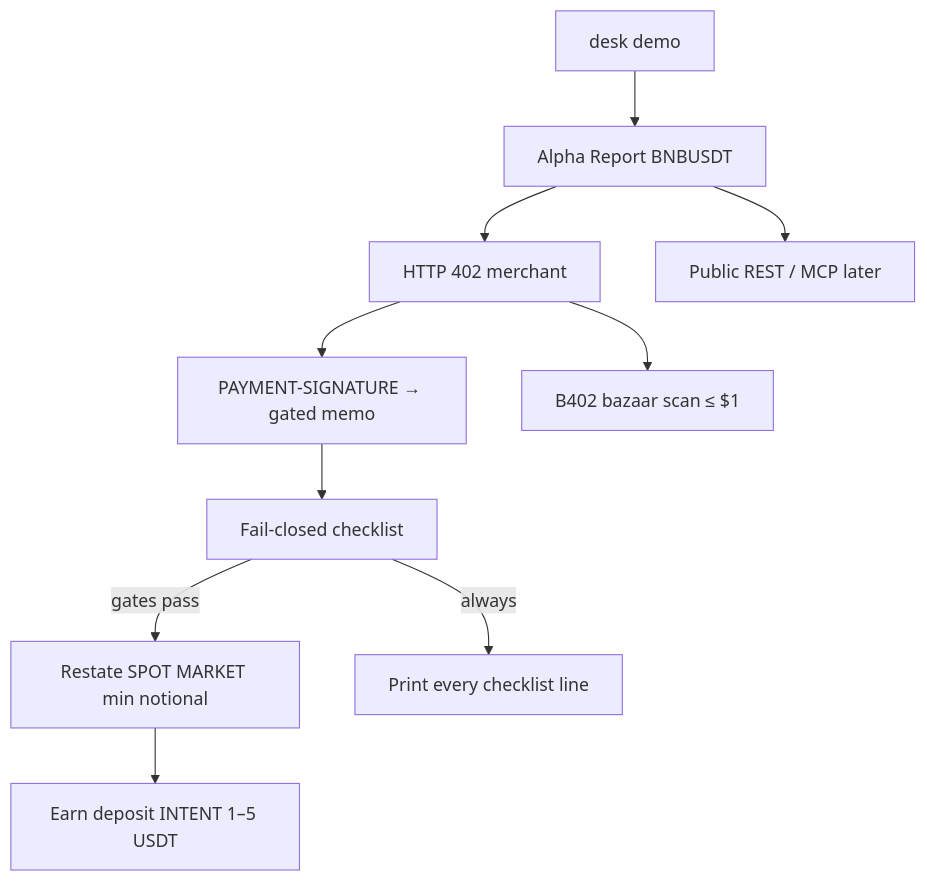
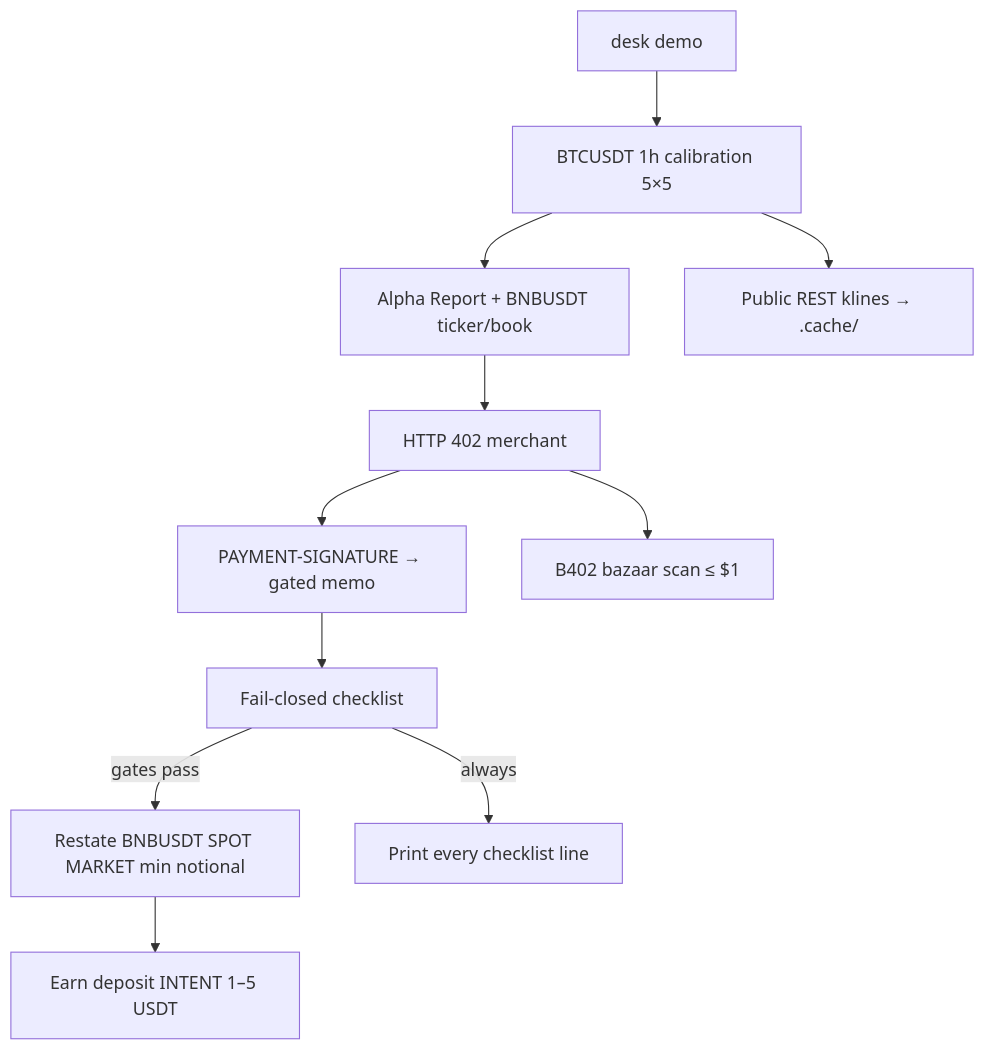
The diagram in README.md (xhrissboost/agent-os-desk), drawn with Mermaid before and after one commit. The commit also changed other lines of this file and 21 other files, not shown here.

First line of the commit message:
Desk: BTC calibration dashboard as Track A Data

````diff
--- a/README.md
+++ b/README.md
@@ -58,12 +87,13 @@
 ```mermaid
 flowchart TD
-  CLI["desk demo"] --> Report["Alpha Report BNBUSDT"]
+  CLI["desk demo"] --> Calib["BTCUSDT 1h calibration 5×5"]
+  Calib --> Report["Alpha Report + BNBUSDT ticker/book"]
   Report --> Pay["HTTP 402 merchant"]
   Pay --> Memo["PAYMENT-SIGNATURE → gated memo"]
   Memo --> Check["Fail-closed checklist"]
-  Check -->|gates pass| Ticket["Restate SPOT MARKET min notional"]
+  Check -->|gates pass| Ticket["Restate BNBUSDT SPOT MARKET min notional"]
   Check -->|always| List["Print every checklist line"]
   Ticket --> Earn["Earn deposit INTENT 1–5 USDT"]
-  Report --> REST["Public REST / MCP later"]
+  Calib --> REST["Public REST klines → .cache/"]
   Pay --> Bazaar["B402 bazaar scan ≤ $1"]
 ```
````
